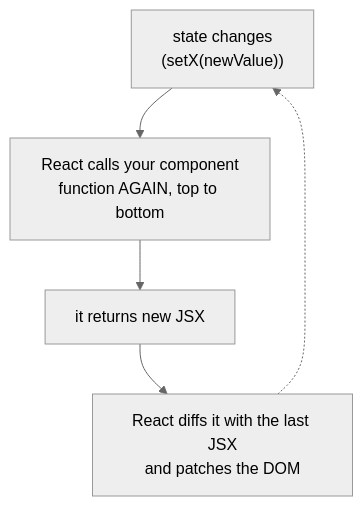
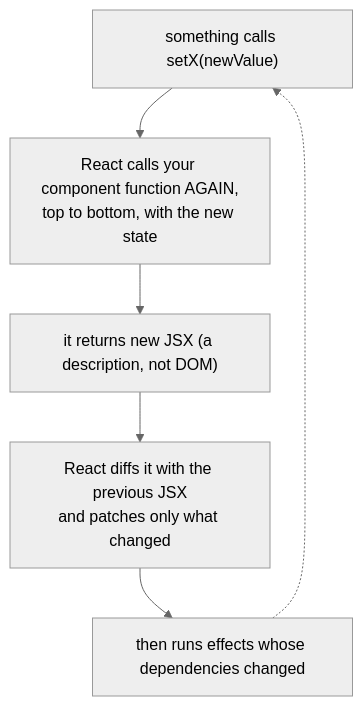
One commit to Cofinpro/praying-mantis-1 changed the second of 8 diagrams in Classroom.md. Above: the diagram before and after it, drawn with Mermaid (neutral theme). The commit also changed other lines of this file and 1 other file, not shown here.

Commit message:
Classroom.md: a React deep dive with code from the repo, war stories and exercises

````diff
--- a/Classroom.md
+++ b/Classroom.md
@@ -71,7 +78,8 @@
 ```mermaid
 flowchart TD
-  A["state changes<br/>(setX(newValue))"] --> B["React calls your component<br/>function AGAIN, top to bottom"]
-  B --> C["it returns new JSX"]
-  C --> D["React diffs it with the last JSX<br/>and patches the DOM"]
-  D -.-> A
+  A["something calls setX(newValue)"] --> B["React calls your component function AGAIN,<br/>top to bottom, with the new state"]
+  B --> C["it returns new JSX (a description, not DOM)"]
+  C --> D["React diffs it with the previous JSX<br/>and patches only what changed"]
+  D --> E["then runs effects whose dependencies changed"]
+  E -.-> A
 ```
````
